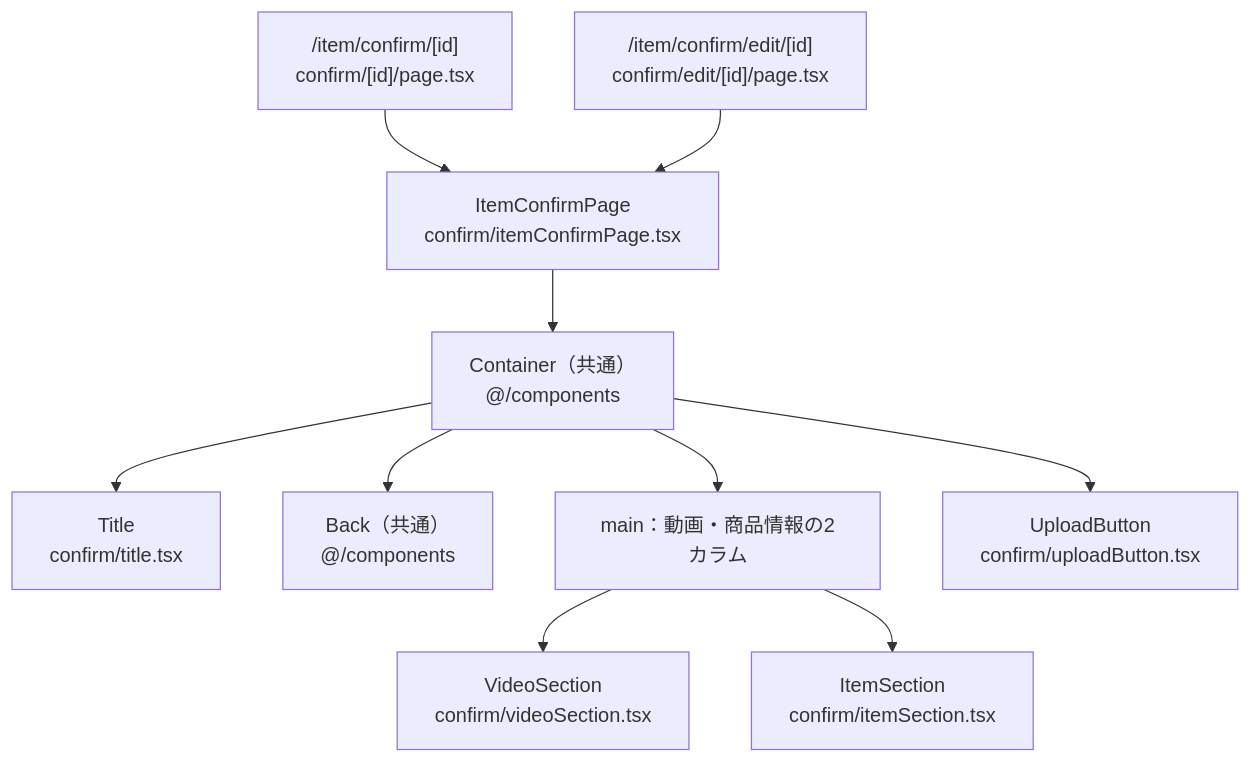
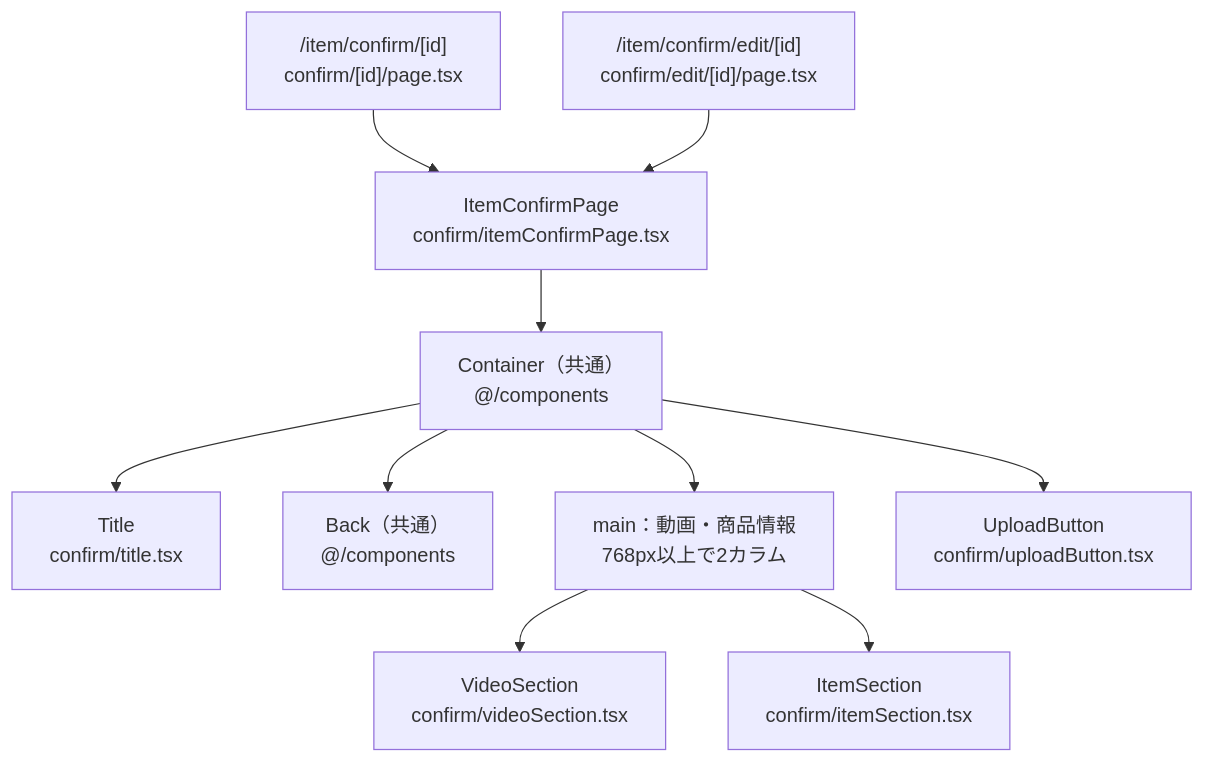
The first of 4 diagrams in client/src/app/item/confirm/AGENTS.md (rednull-racing/web-project1), drawn with Mermaid before and after one commit. The commit also changed other lines of this file and 1 other file, not shown here.

````diff
--- a/client/src/app/item/confirm/AGENTS.md
+++ b/client/src/app/item/confirm/AGENTS.md
@@ -25,23 +29,23 @@
 ```mermaid
 flowchart TD
     Normal["/item/confirm/[id]<br/>confirm/[id]/page.tsx"]
     Edit["/item/confirm/edit/[id]<br/>confirm/edit/[id]/page.tsx"]
     Page["ItemConfirmPage<br/>confirm/itemConfirmPage.tsx"]
     Container["Container（共通）<br/>@/components"]
     Title["Title<br/>confirm/title.tsx"]
     Back["Back（共通）<br/>@/components"]
-    Main["main：動画・商品情報の2カラム"]
+    Main["main：動画・商品情報<br/>768px以上で2カラム"]
     Video["VideoSection<br/>confirm/videoSection.tsx"]
     Item["ItemSection<br/>confirm/itemSection.tsx"]
     Upload["UploadButton<br/>confirm/uploadButton.tsx"]
 
     Normal --> Page
     Edit --> Page
     Page --> Container
     Container --> Title
     Container --> Back
     Container --> Main
     Main --> Video
     Main --> Item
     Container --> Upload
 ```
````
